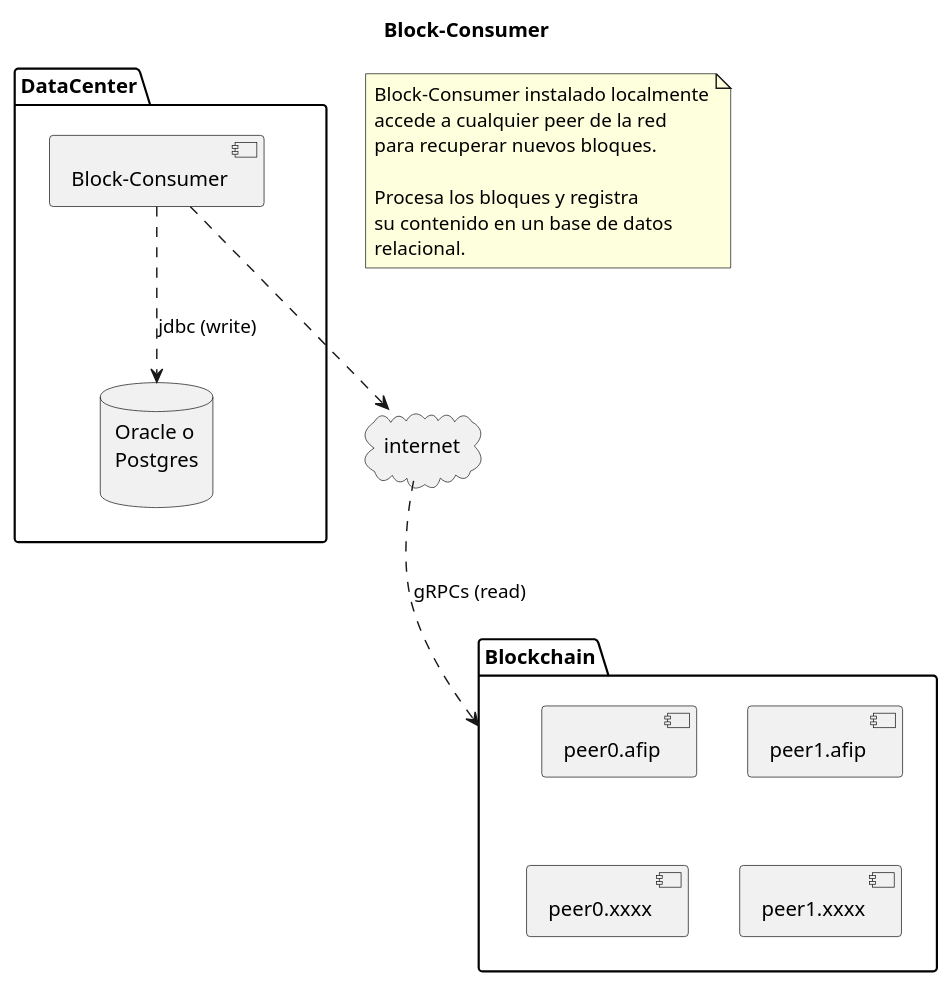
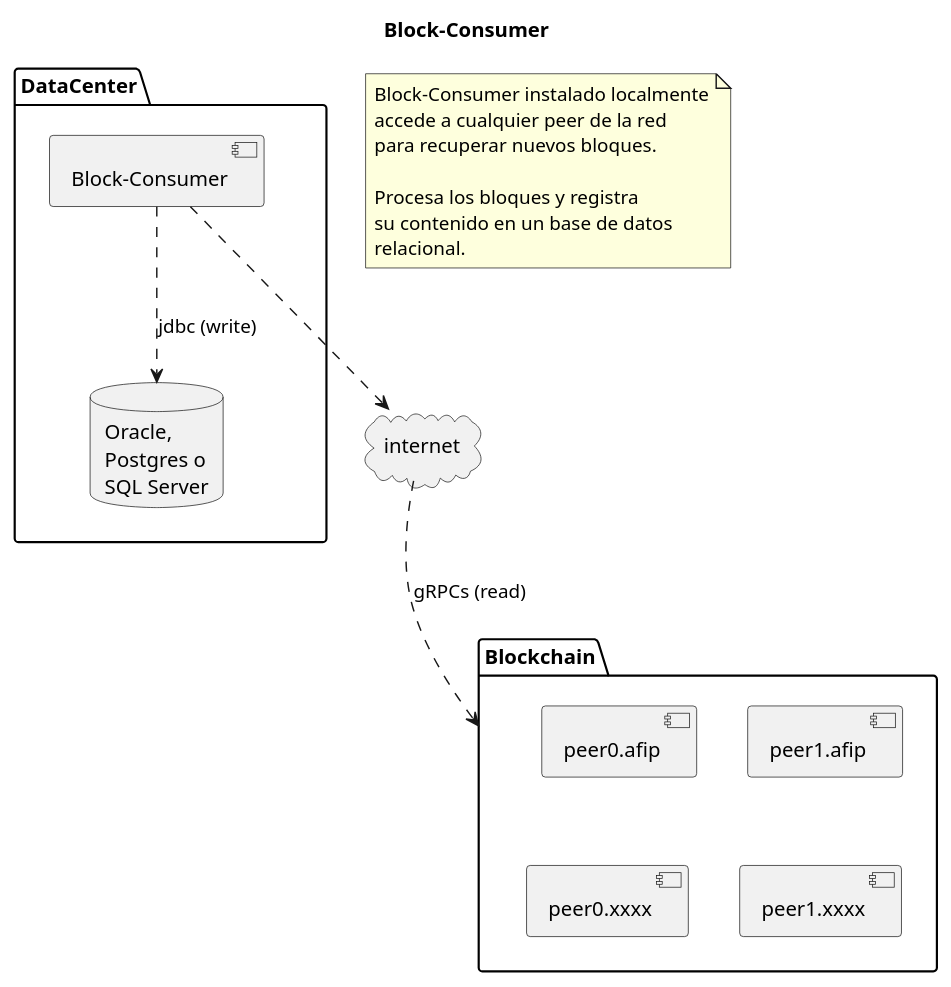
One commit to padfed/padfed-doc changed the diagram in applications/block-consumer/images/deploy-simple.plantuml. Above: the diagram before and after it, drawn with PlantUML. The commit also changed 2 other files, not shown here.

Commit message:
Se agrega SQL Server

```diff
--- a/applications/block-consumer/images/deploy-simple.plantuml
+++ b/applications/block-consumer/images/deploy-simple.plantuml
@@ -1,35 +1,35 @@
 @startuml deploy-simple
 
 title Block-Consumer
 
 note as N1
 Block-Consumer instalado localmente
 accede a cualquier peer de la red 
 para recuperar nuevos bloques.
 
 Procesa los bloques y registra 
 su contenido en un base de datos 
 relacional.
 end note
 
 package Blockchain {
     [peer0.afip]
     [peer1.afip]
     [peer0.xxxx]
     [peer1.xxxx]
 } 
 
 package DataCenter {
     component [Block-Consumer] as BlockConsumer 
-    database "Oracle o\nPostgres\n" as db 
+    database "Oracle,\nPostgres o\nSQL Server" as db 
 } 
 
 cloud internet
 
 BlockConsumer ..> internet 
 BlockConsumer ..> db : jdbc (write)
 internet ..> Blockchain : gRPCs (read)
 
 Blockchain -[hidden]left- DataCenter
 
 @enduml
```
